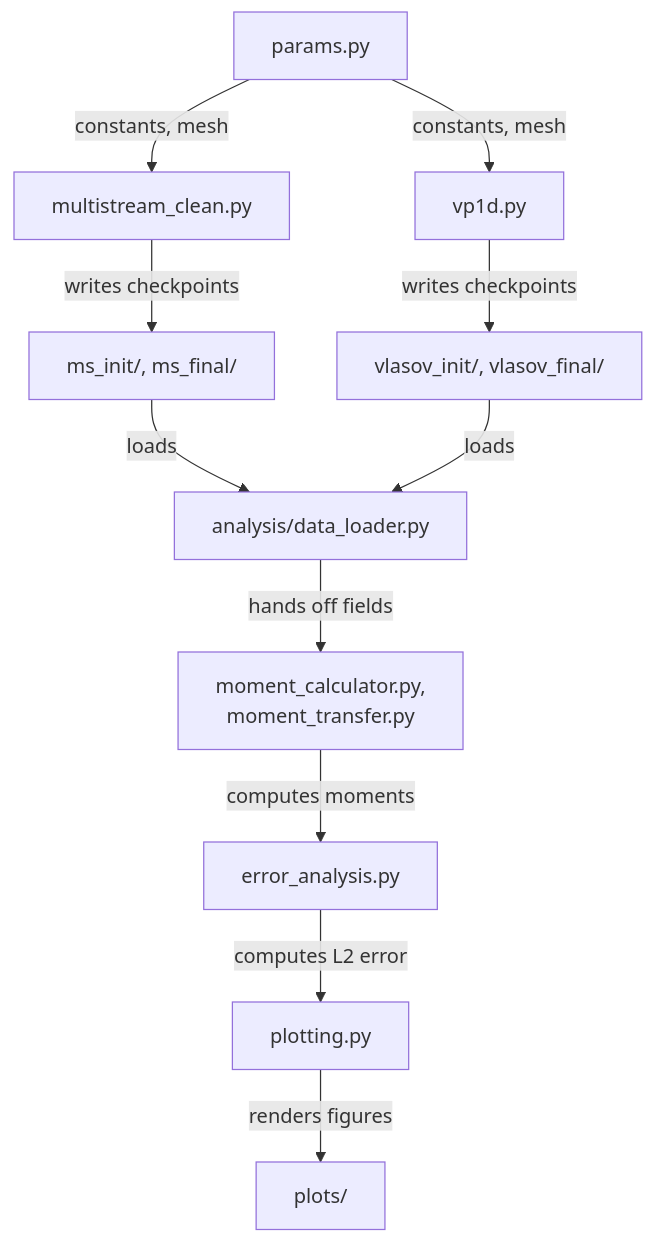
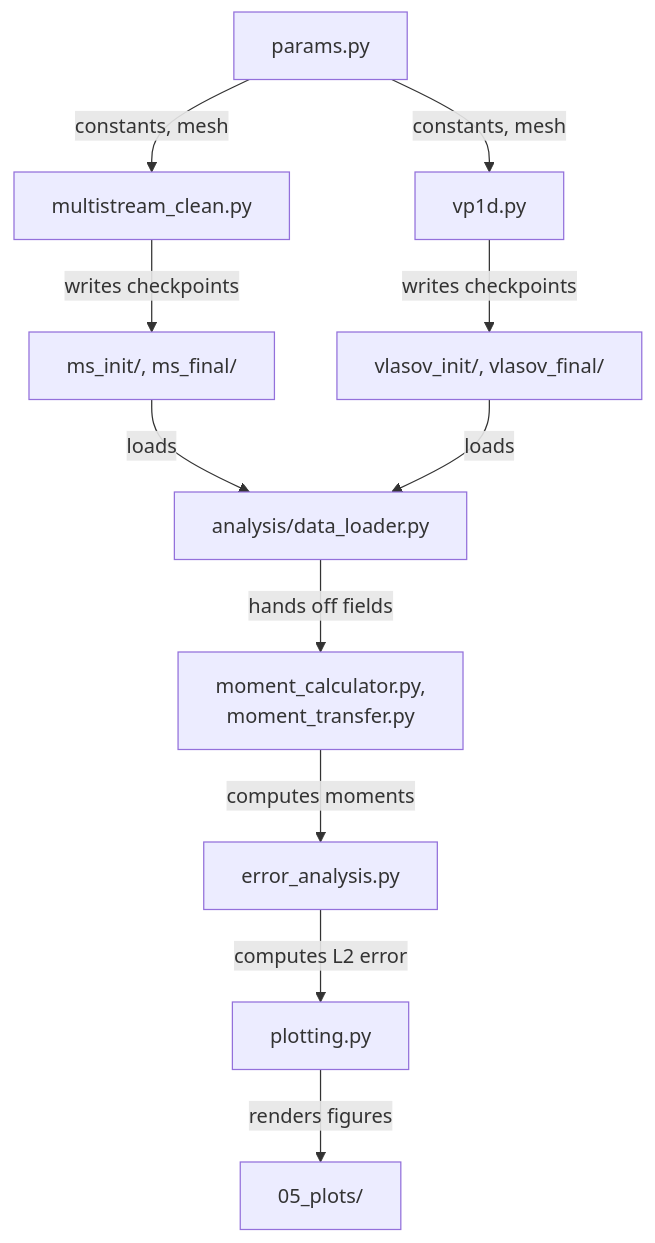
One commit to saniasingh211/MSc-thesis-ICL changed the diagram in docs/architecture.md. Above: the diagram before and after it, drawn with Mermaid. The commit also changed other lines of this file and 27 other files, not shown here.

````diff
--- a/docs/architecture.md
+++ b/docs/architecture.md
@@ -9,13 +9,13 @@
 ```mermaid
 flowchart TD
     P["params.py"] -->|constants, mesh| M["multistream_clean.py"]
     P -->|constants, mesh| V["vp1d.py"]
     M -->|writes checkpoints| MC["ms_init/, ms_final/"]
     V -->|writes checkpoints| VC["vlasov_init/, vlasov_final/"]
     MC -->|loads| DL["analysis/data_loader.py"]
     VC -->|loads| DL
     DL -->|hands off fields| MOM["moment_calculator.py,<br/>moment_transfer.py"]
     MOM -->|computes moments| EA["error_analysis.py"]
     EA -->|computes L2 error| PL["plotting.py"]
-    PL -->|renders figures| PLOTS["plots/"]
+    PL -->|renders figures| PLOTS["05_plots/"]
 ```
````
